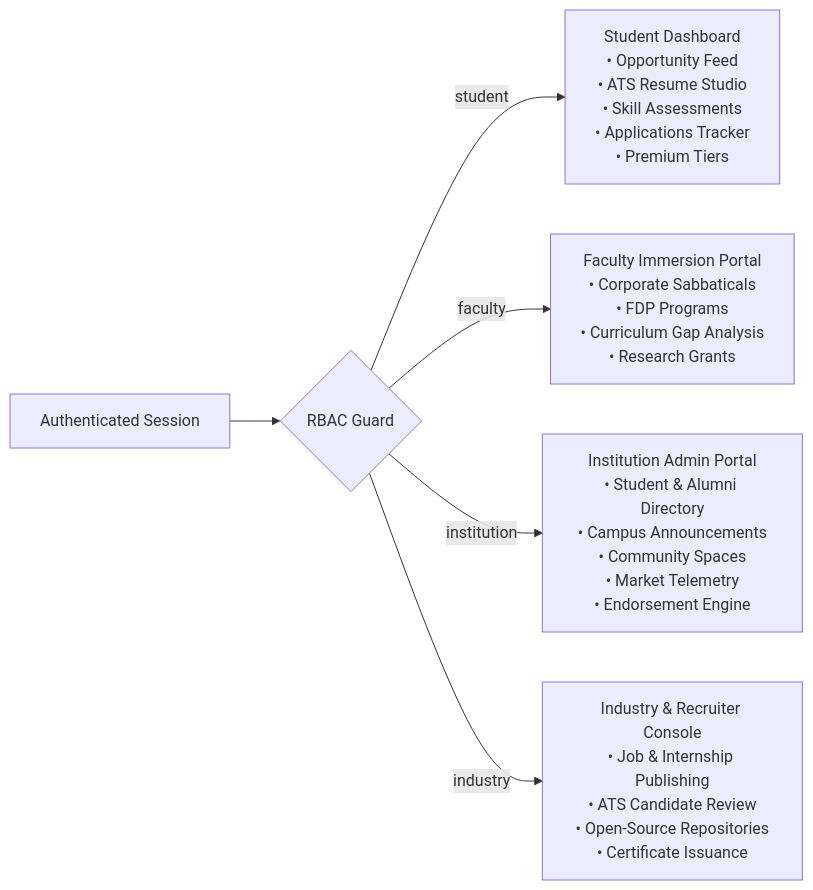
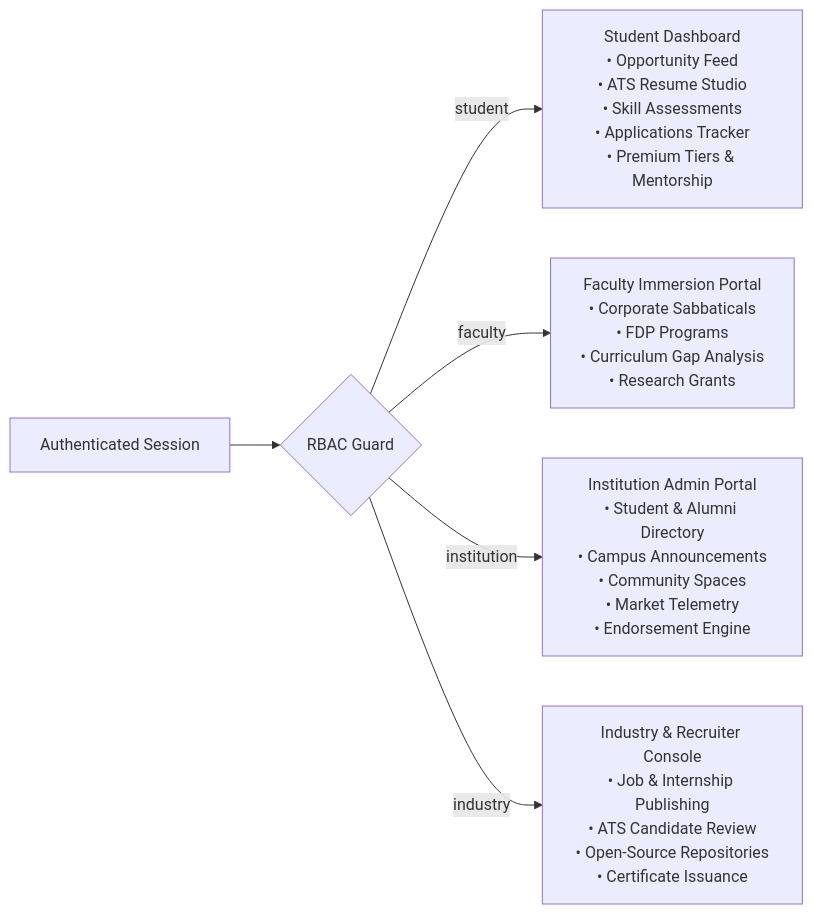
The second of 4 diagrams in docs/ARCHITECTURE.md (PrakharAgarwal17/PortalAcademia), drawn with Mermaid before and after one commit. The commit also changed other lines of this file, not shown here.

Commit message:
docs(architecture): synchronize architecture specification with live system implementation

````diff
--- a/docs/ARCHITECTURE.md
+++ b/docs/ARCHITECTURE.md
@@ -104,8 +121,8 @@
 ```mermaid
 graph LR
     User["Authenticated Session"] --> RBAC{"RBAC Guard"}
-    RBAC -->|student| StudentPortal["Student Dashboard\n• Opportunity Feed\n• ATS Resume Studio\n• Skill Assessments\n• Applications Tracker\n• Premium Tiers"]
+    RBAC -->|student| StudentPortal["Student Dashboard\n• Opportunity Feed\n• ATS Resume Studio\n• Skill Assessments\n• Applications Tracker\n• Premium Tiers & Mentorship"]
     RBAC -->|faculty| FacultyPortal["Faculty Immersion Portal\n• Corporate Sabbaticals\n• FDP Programs\n• Curriculum Gap Analysis\n• Research Grants"]
     RBAC -->|institution| InstPortal["Institution Admin Portal\n• Student & Alumni Directory\n• Campus Announcements\n• Community Spaces\n• Market Telemetry\n• Endorsement Engine"]
     RBAC -->|industry| IndPortal["Industry & Recruiter Console\n• Job & Internship Publishing\n• ATS Candidate Review\n• Open-Source Repositories\n• Certificate Issuance"]
 ```
````
